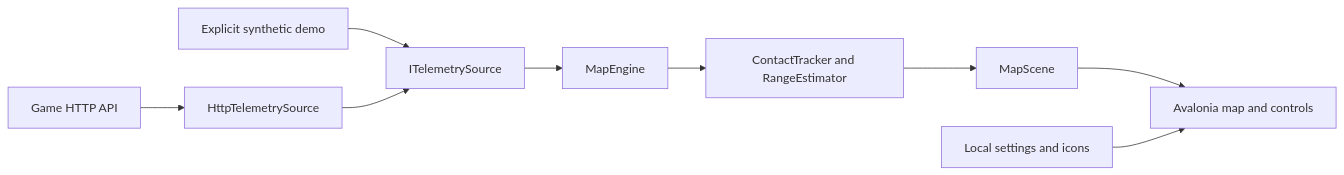
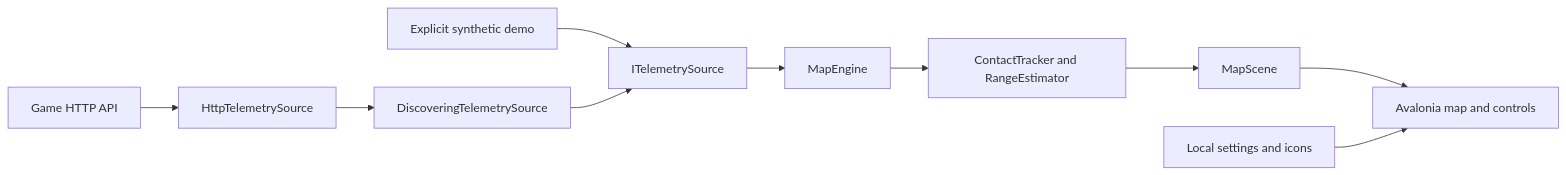
Before and after one commit to VoltKraft/WarThunder_Map_Helper: the diagram in docs/ARCHITECTURE.md, drawn with Mermaid. The commit also changed other lines of this file and 15 other files, not shown here.

````diff
--- a/docs/ARCHITECTURE.md
+++ b/docs/ARCHITECTURE.md
@@ -8,11 +8,12 @@
 ```mermaid
 flowchart LR
     API[Game HTTP API] --> HTTP[HttpTelemetrySource]
+    HTTP --> Discovery[DiscoveringTelemetrySource]
     Demo[Explicit synthetic demo] --> Source[ITelemetrySource]
-    HTTP --> Source
+    Discovery --> Source
     Source --> Engine[MapEngine]
     Engine --> Tracker[ContactTracker and RangeEstimator]
     Tracker --> Scene[MapScene]
     Scene --> UI[Avalonia map and controls]
     Settings[Local settings and icons] --> UI
 ```
````
